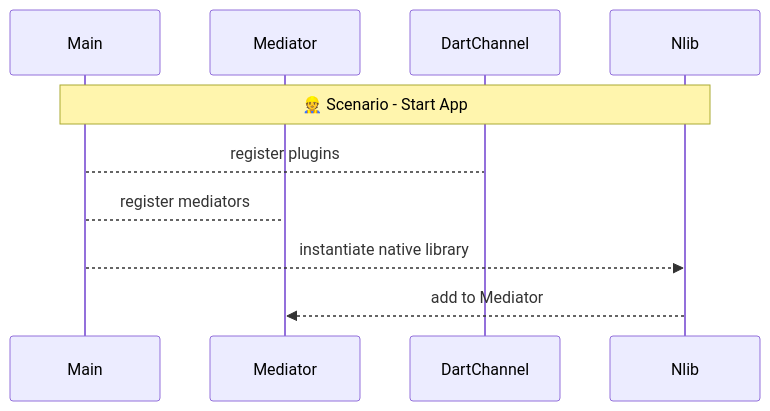
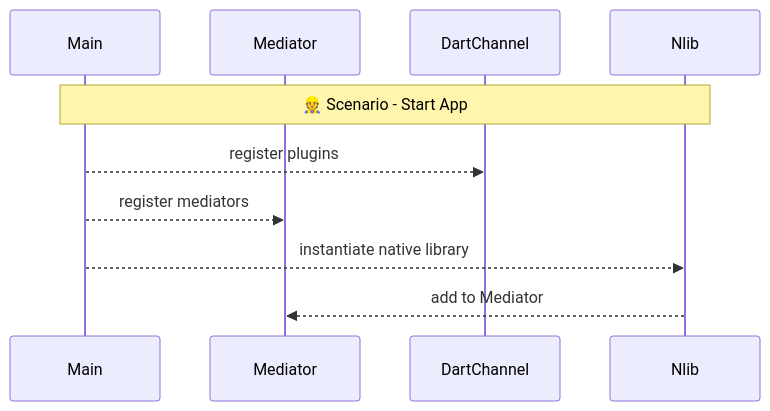
Before and after one commit to gordianknotC/nxp_note: the first of 6 diagrams in flutter/android_to_flutter.md, drawn with Mermaid. The commit also changed other lines of this file, not shown here.

````diff
--- a/flutter/android_to_flutter.md
+++ b/flutter/android_to_flutter.md
@@ -4,14 +4,14 @@
 ```mermaid
 sequenceDiagram
 participant Main
 participant Mediator
 participant DartChannel
 participant Nlib
 
 Note over Main, Nlib: 👷 Scenario - Start App
-Main --> DartChannel: register plugins
-Main --> Mediator: register mediators
+Main -->> DartChannel: register plugins
+Main -->> Mediator: register mediators
 Main -->> Nlib: instantiate native library
 Nlib -->> Mediator: add to Mediator
 
 ```
````
